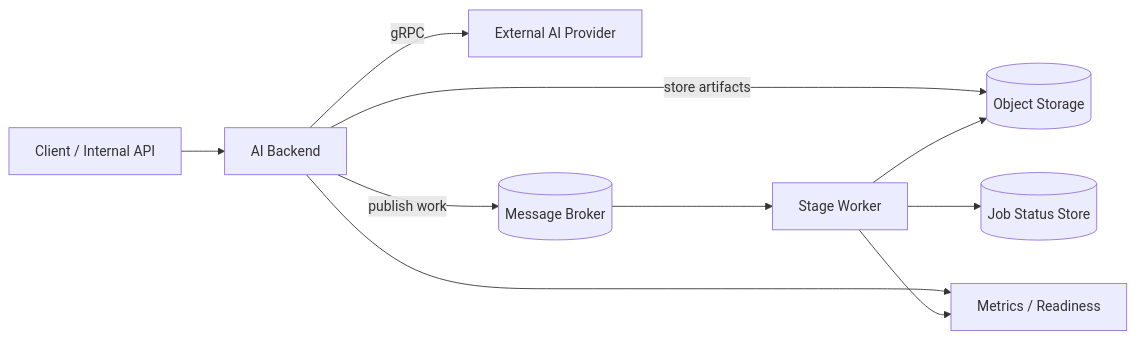
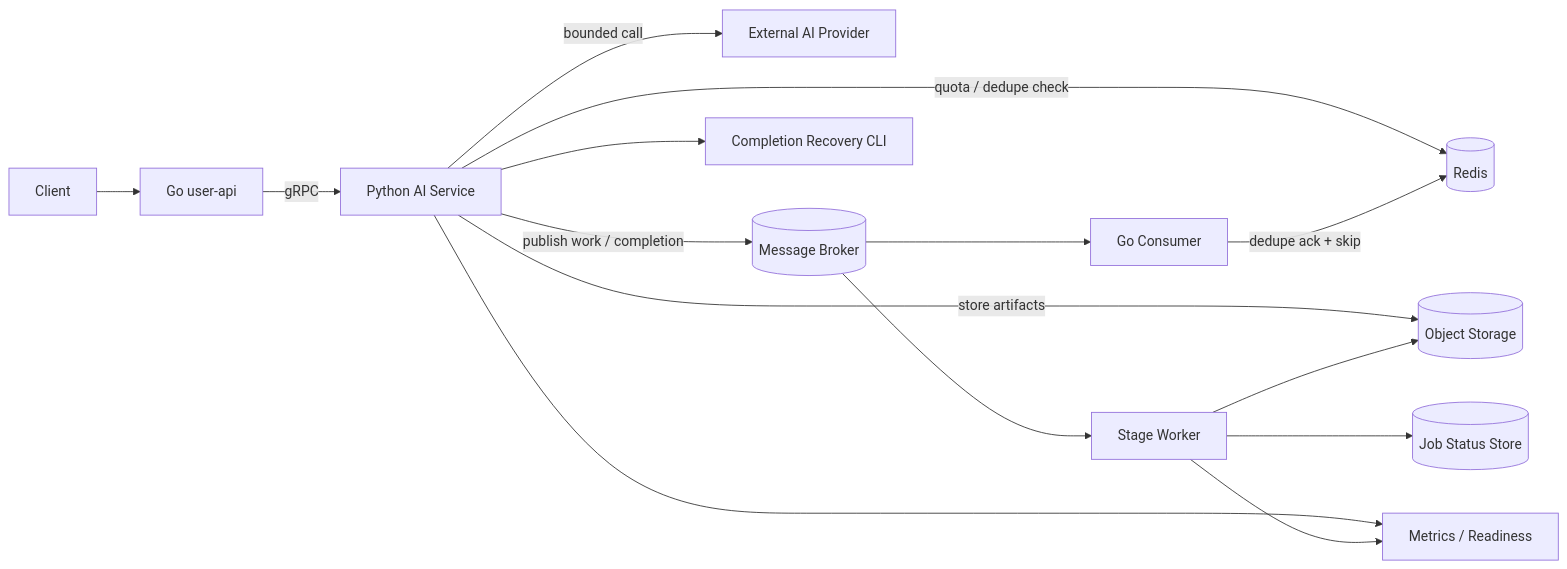
Before and after one commit to bang9ming9/bang9ming9: the fourth of 6 diagrams in README.md, drawn with Mermaid. The commit also changed other lines of this file and 1 other file, not shown here.

Commit message:
Update AI backend reliability docs

````diff
--- a/README.md
+++ b/README.md
@@ -161,12 +163,17 @@
 ```mermaid
 flowchart LR
-    Client[Client / Internal API] --> API[AI Backend]
-    API -->|gRPC| Provider[External AI Provider]
+    Client[Client] --> GoAPI[Go user-api]
+    GoAPI -->|gRPC| API[Python AI Service]
+    API -->|quota / dedupe check| Redis[(Redis)]
+    API -->|bounded call| Provider[External AI Provider]
     API -->|store artifacts| Storage[(Object Storage)]
-    API -->|publish work| Broker[(Message Broker)]
+    API -->|publish work / completion| Broker[(Message Broker)]
     Broker --> Worker[Stage Worker]
+    Broker --> GoConsumer[Go Consumer]
+    GoConsumer -->|dedupe ack + skip| Redis
     Worker --> Status[(Job Status Store)]
     Worker --> Storage
+    API --> Recovery[Completion Recovery CLI]
     API --> Obs[Metrics / Readiness]
     Worker --> Obs
 ```
````
